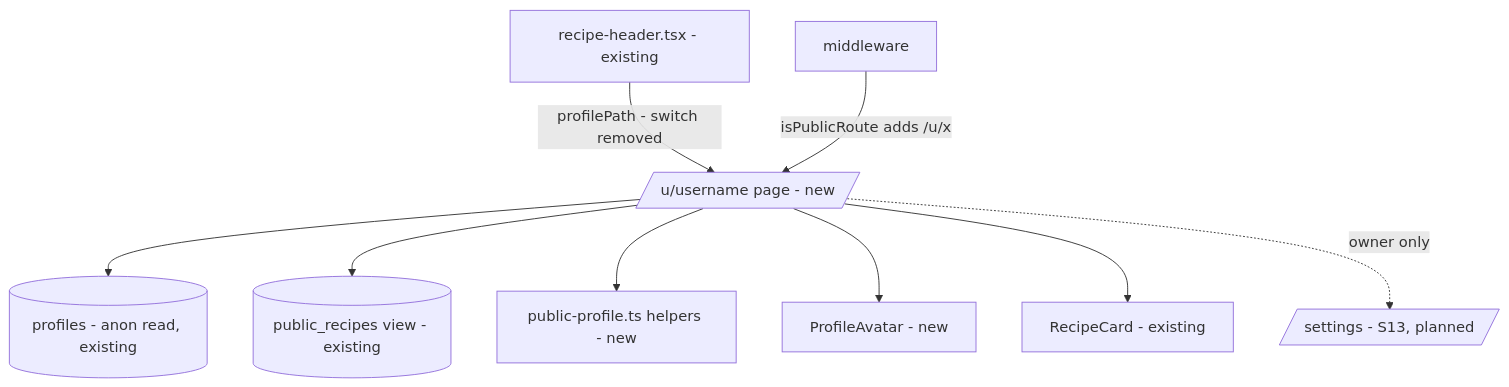
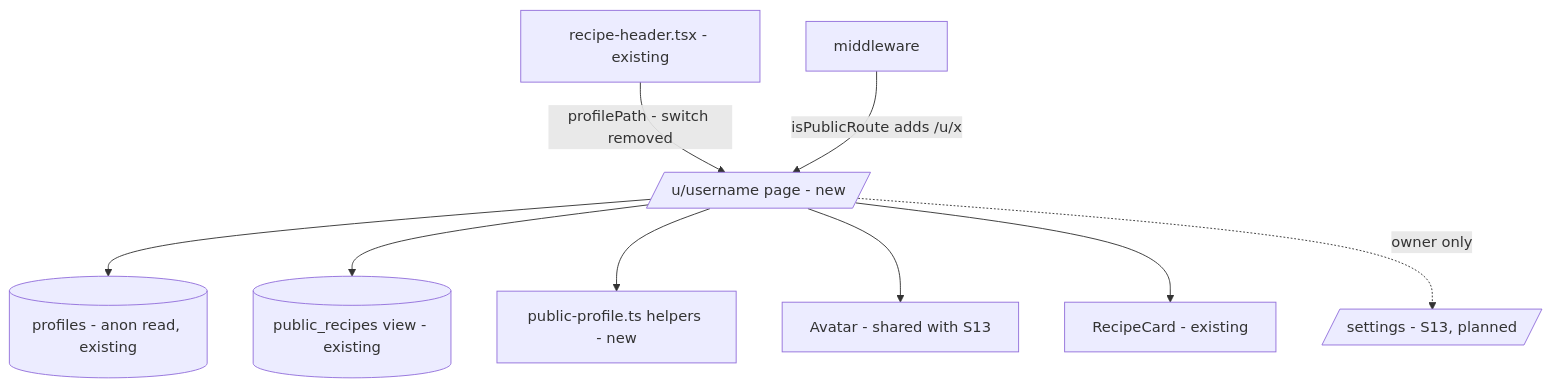
One commit to spokospace/zapiszprzepis changed the diagram in .ai/specs/2026-10-17-e01-s14-public-profile.md. Above: the diagram before and after it, drawn with Mermaid. The commit also changed other lines of this file, not shown here.

Commit message:
docs(specs): align E01-S14 avatar with S13 and fix the page cap (review)

````diff
--- a/.ai/specs/2026-10-17-e01-s14-public-profile.md
+++ b/.ai/specs/2026-10-17-e01-s14-public-profile.md
@@ -42,11 +42,11 @@
 ```mermaid
 flowchart TD
   RH[recipe-header.tsx - existing] -->|profilePath - switch removed| U[/u/username page - new/]
   U --> P[(profiles - anon read, existing)]
   U --> V[(public_recipes view - existing)]
   U --> H[public-profile.ts helpers - new]
-  U --> A[ProfileAvatar - new]
+  U --> A[Avatar - shared with S13]
   U --> C[RecipeCard - existing]
   U -.->|owner only| S[/settings - S13, planned/]
   MW[middleware] -->|isPublicRoute adds /u/x| U
 ```
````
